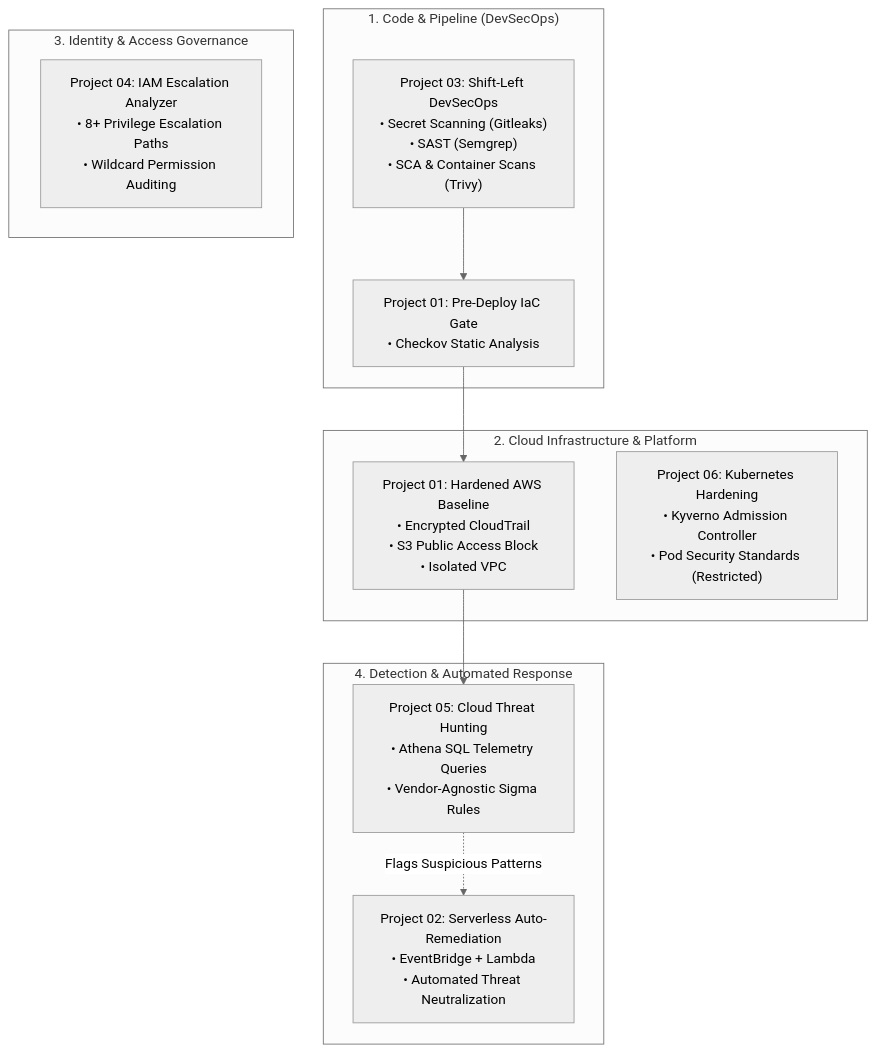
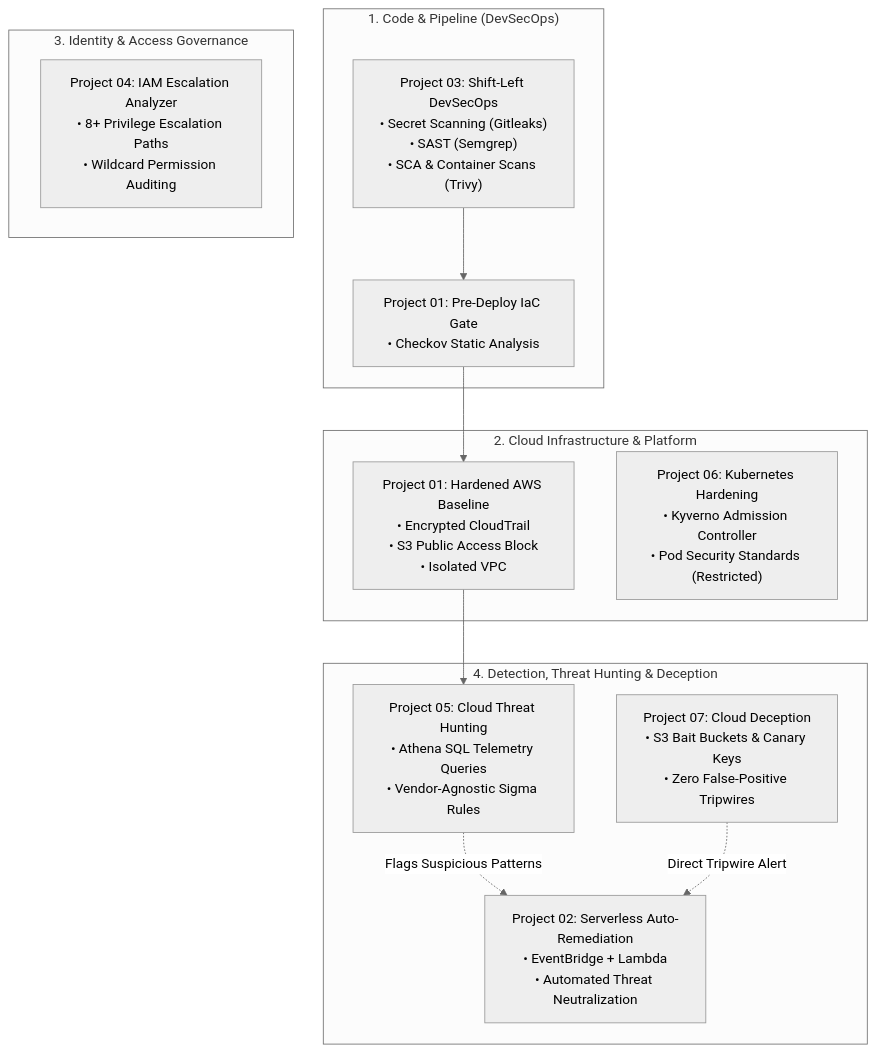
Before and after one commit to Sidwho94/cloud-security-portfolio: the diagram in README.md, drawn with Mermaid (neutral theme). The commit also changed other lines of this file and 8 other files, not shown here.

First line of the commit message:
feat: add Project 07 - Cloud Deception Technology & Honeytokens

````diff
--- a/README.md
+++ b/README.md
@@ -29,26 +30,28 @@
 ```mermaid
 graph TB
     subgraph "1. Code & Pipeline (DevSecOps)"
         P3["Project 03: Shift-Left DevSecOps<br/>• Secret Scanning (Gitleaks)<br/>• SAST (Semgrep)<br/>• SCA & Container Scans (Trivy)"]
         P1_Scan["Project 01: Pre-Deploy IaC Gate<br/>• Checkov Static Analysis"]
     end
 
     subgraph "2. Cloud Infrastructure & Platform"
         P1_Infra["Project 01: Hardened AWS Baseline<br/>• Encrypted CloudTrail<br/>• S3 Public Access Block<br/>• Isolated VPC"]
         P6["Project 06: Kubernetes Hardening<br/>• Kyverno Admission Controller<br/>• Pod Security Standards (Restricted)"]
     end
 
     subgraph "3. Identity & Access Governance"
         P4["Project 04: IAM Escalation Analyzer<br/>• 8+ Privilege Escalation Paths<br/>• Wildcard Permission Auditing"]
     end
 
-    subgraph "4. Detection & Automated Response"
+    subgraph "4. Detection, Threat Hunting & Deception"
         P5["Project 05: Cloud Threat Hunting<br/>• Athena SQL Telemetry Queries<br/>• Vendor-Agnostic Sigma Rules"]
+        P7["Project 07: Cloud Deception<br/>• S3 Bait Buckets & Canary Keys<br/>• Zero False-Positive Tripwires"]
         P2["Project 02: Serverless Auto-Remediation<br/>• EventBridge + Lambda<br/>• Automated Threat Neutralization"]
     end
 
     P3 --> P1_Scan
     P1_Scan --> P1_Infra
     P1_Infra --> P5
     P5 -.->|Flags Suspicious Patterns| P2
+    P7 -.->|Direct Tripwire Alert| P2
 ```
````
